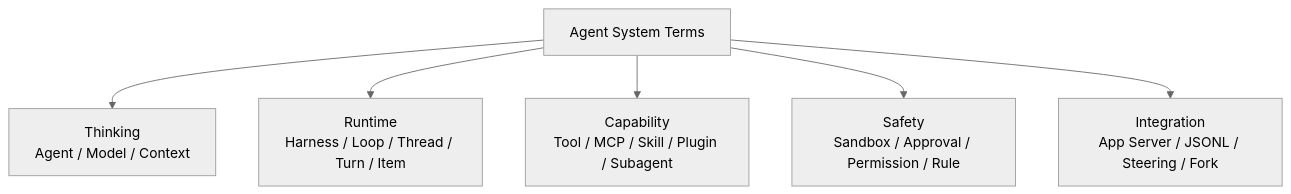
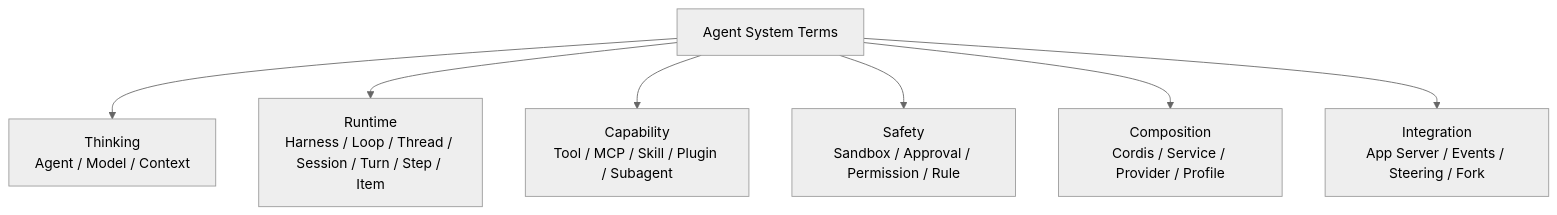
The diagram in docs/reference/glossary.md (indigofeather/harness-book), drawn with Mermaid (neutral theme) before and after one commit. The commit also changed other lines of this file, not shown here.

Commit message:
docs: add DeepSeek Harness terms to glossary

````diff
--- a/docs/reference/glossary.md
+++ b/docs/reference/glossary.md
@@ -9,9 +9,10 @@
 ```mermaid
 flowchart TB
   A[Agent System Terms]
   A --> B[Thinking\nAgent / Model / Context]
-  A --> C[Runtime\nHarness / Loop / Thread / Turn / Item]
+  A --> C[Runtime\nHarness / Loop / Thread / Session / Turn / Step / Item]
   A --> D[Capability\nTool / MCP / Skill / Plugin / Subagent]
   A --> E[Safety\nSandbox / Approval / Permission / Rule]
-  A --> F[Integration\nApp Server / JSONL / Steering / Fork]
+  A --> F[Composition\nCordis / Service / Provider / Profile]
+  A --> G[Integration\nApp Server / Events / Steering / Fork]
 ```
````
